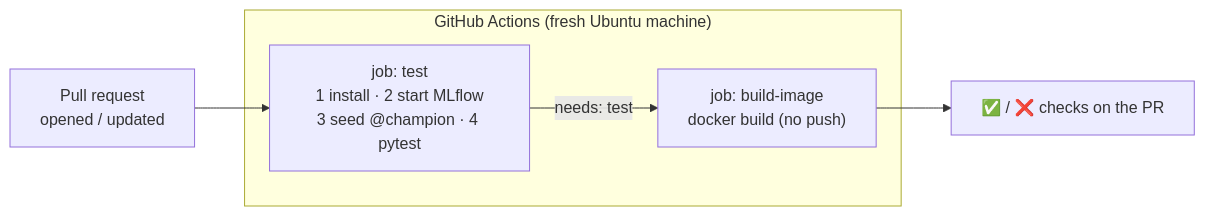
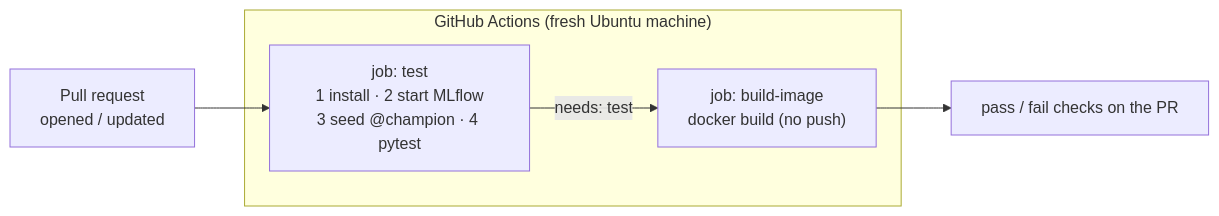
One commit to shikharkumar13/-NYC-Airbnb-Price-Prediction-MLOps changed the first of 2 diagrams in docs/guide/06_cicd.md. Above: the diagram before and after it, drawn with Mermaid. The commit also changed other lines of this file and 15 other files, not shown here.

````diff
--- a/docs/guide/06_cicd.md
+++ b/docs/guide/06_cicd.md
@@ -32,10 +32,10 @@
 ```mermaid
 flowchart LR
     PR["Pull request\nopened / updated"] --> T
     subgraph gha ["GitHub Actions (fresh Ubuntu machine)"]
         T["job: test\n1 install · 2 start MLflow\n3 seed @champion · 4 pytest"]
         B["job: build-image\ndocker build (no push)"]
         T -- "needs: test" --> B
     end
-    B --> S["✅ / ❌ checks on the PR"]
+    B --> S["pass / fail checks on the PR"]
 ```
````
